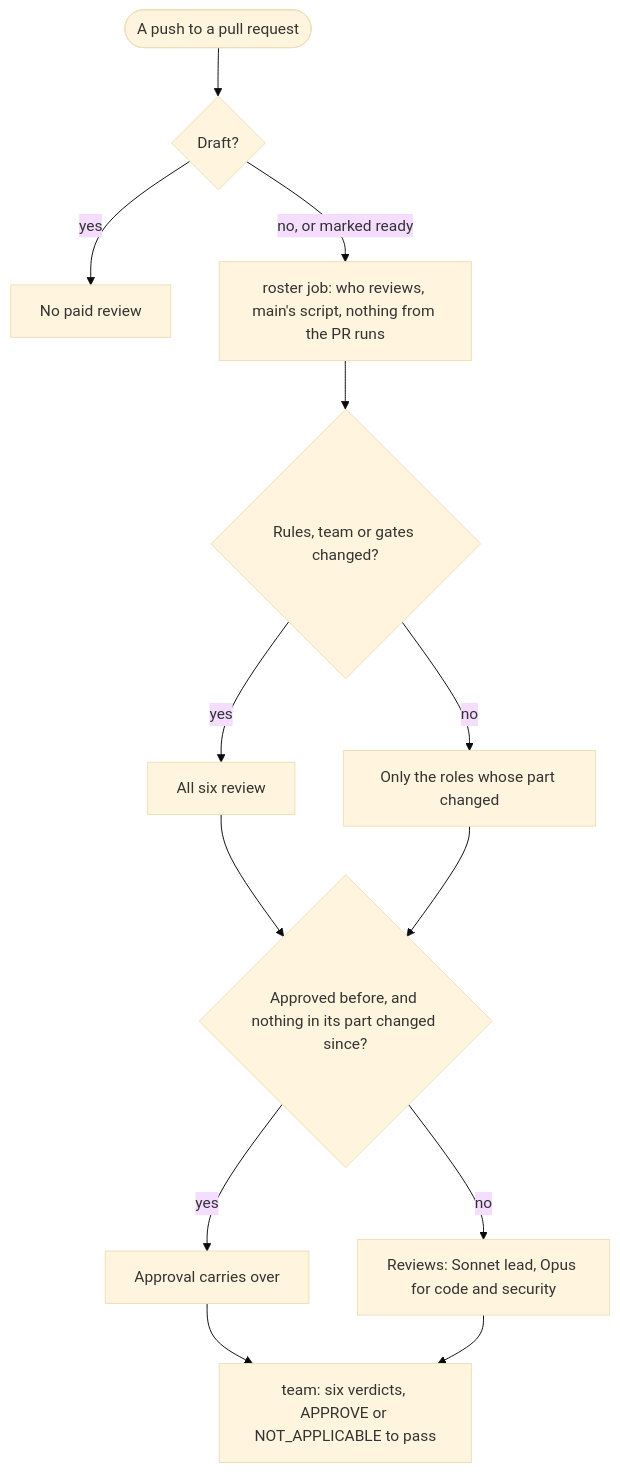
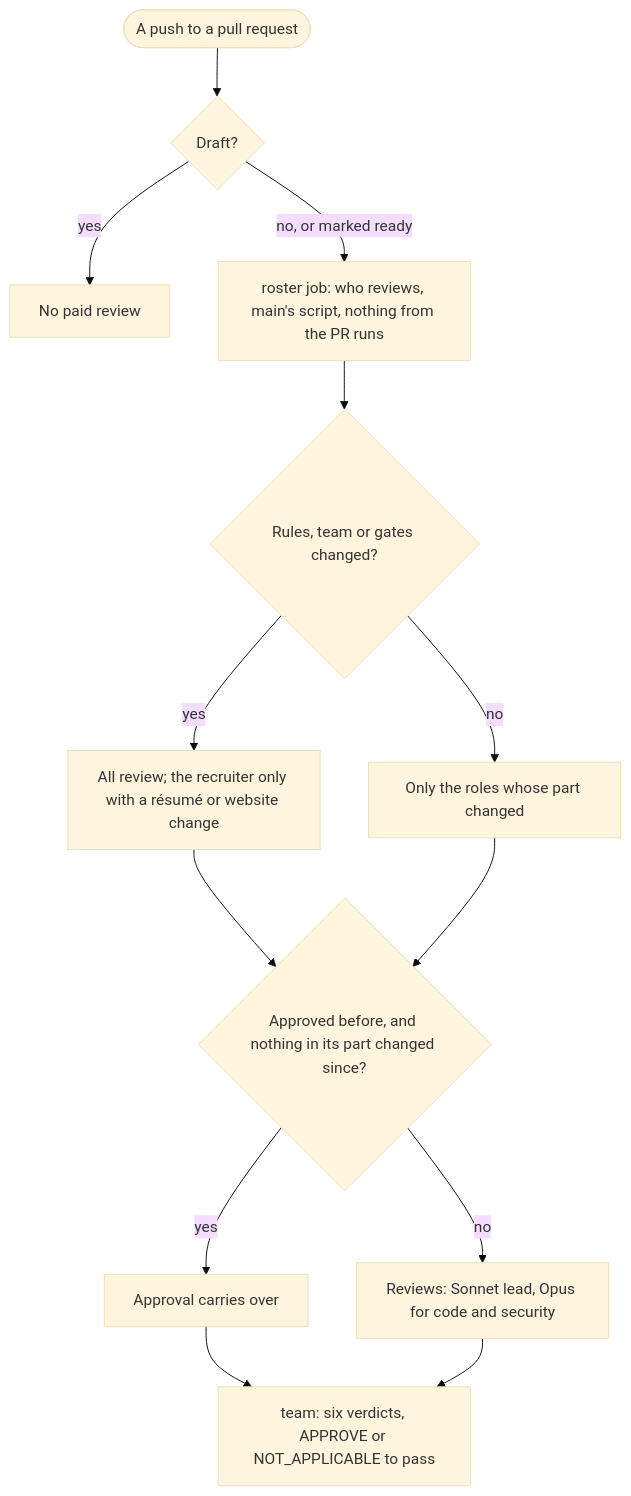
Before and after one commit to stewils/stevenwilssens.com: the diagram in specs/cheaper-team.md, drawn with Mermaid (base theme). The commit also changed other lines of this file and 16 other files, not shown here.

First line of the commit message:
Cheaper team: the recruiter only reviews résumé and website changes; coverage runs before main's rules

````diff
--- a/specs/cheaper-team.md
+++ b/specs/cheaper-team.md
@@ -13,13 +13,13 @@
 ```mermaid
 flowchart TD
   push([A push to a pull request]) --> draft{Draft?}
   draft -- yes --> none[No paid review]
   draft -- no, or marked ready --> roster[roster job: who reviews, main's script, nothing from the PR runs]
   roster --> rules{Rules, team or gates changed?}
-  rules -- yes --> six[All six review]
+  rules -- yes --> six[All review; the recruiter only with a résumé or website change]
   rules -- no --> part[Only the roles whose part changed]
   six & part --> carry{Approved before, and nothing in its part changed since?}
   carry -- yes --> kept[Approval carries over]
   carry -- no --> runs[Reviews: Sonnet lead, Opus for code and security]
   kept & runs --> result[team: six verdicts, APPROVE or NOT_APPLICABLE to pass]
 ```
````
